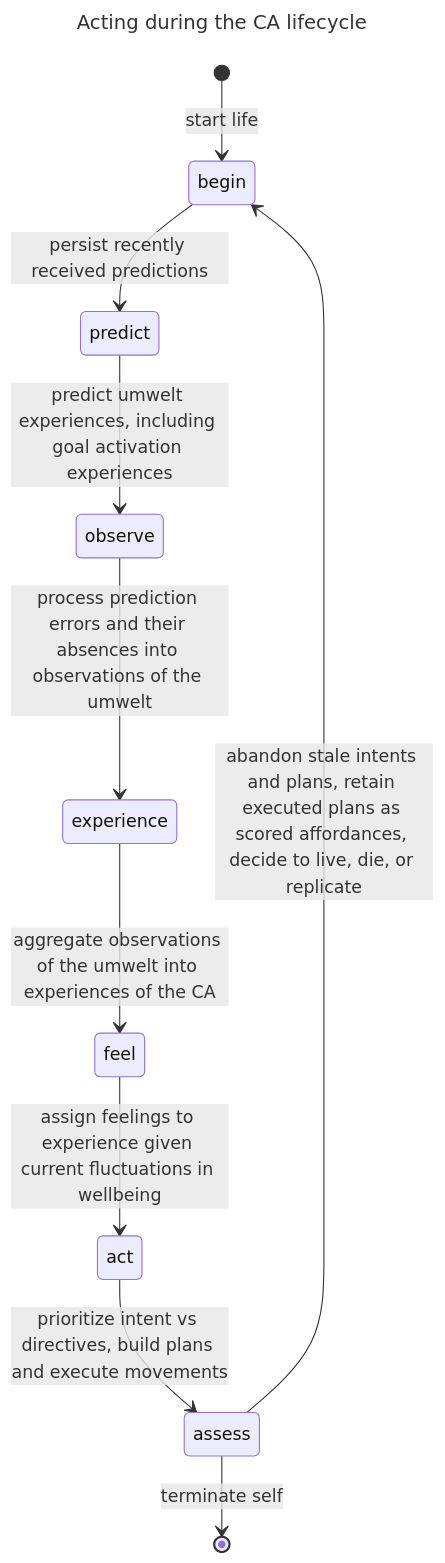
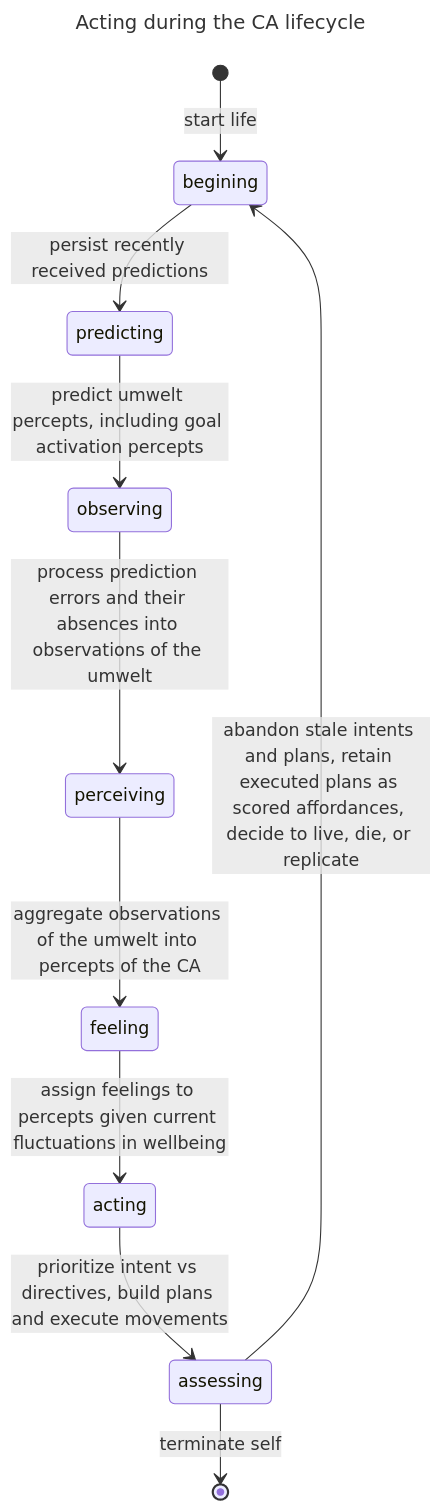
The first of 2 diagrams in design_notes/acting.md (jfcloutier/karma_system), drawn with Mermaid before and after one commit. The commit also changed other lines of this file and 24 other files, not shown here.

Commit message:
Reviewd symposium narrative - experiences vs percepts

````diff
--- a/design_notes/acting.md
+++ b/design_notes/acting.md
@@ -63,15 +63,15 @@
 ```mermaid
 ---
 title: Acting during the CA lifecycle
 ---
 stateDiagram-v2
-  [*] --> begin : start life
-  begin --> predict : persist recently received predictions
-  predict --> observe : predict umwelt experiences, including goal activation experiences
-  observe --> experience : process prediction errors and their absences into observations of the umwelt
-  experience --> feel : aggregate observations of the umwelt into experiences of the CA
-  feel --> act : assign feelings to experience given current fluctuations in wellbeing
-  act --> assess : prioritize intent vs directives, build plans and execute movements
-  assess --> begin : abandon stale intents and plans, retain executed plans as scored affordances, decide to live, die, or replicate
-  assess --> [*] : terminate self
+  [*] --> begining : start life
+  begining --> predicting : persist recently received predictions
+  predicting --> observing : predict umwelt percepts, including goal activation percepts
+  observing --> perceiving : process prediction errors and their absences into observations of the umwelt
+  perceiving --> feeling : aggregate observations of the umwelt into percepts of the CA
+  feeling --> acting : assign feelings to percepts given current fluctuations in wellbeing
+  acting --> assessing : prioritize intent vs directives, build plans and execute movements
+  assessing --> begining : abandon stale intents and plans, retain executed plans as scored affordances, decide to live, die, or replicate
+  assessing --> [*] : terminate self
 ```
````
